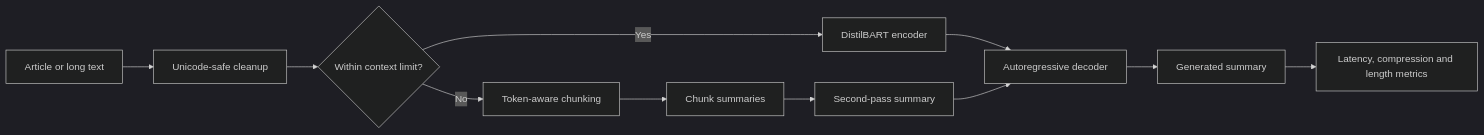
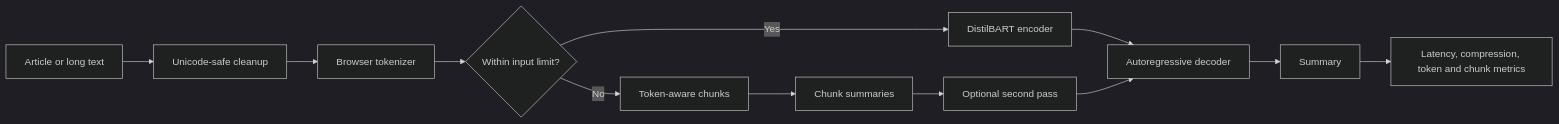
One commit to unit-mole/transformer-projects changed the diagram in 01-abstractive-text-summarization-transformer/README.md. Above: the diagram before and after it, drawn with Mermaid (dark theme). The commit also changed other lines of this file and 22 other files, not shown here.

````diff
--- a/01-abstractive-text-summarization-transformer/README.md
+++ b/01-abstractive-text-summarization-transformer/README.md
@@ -50,13 +98,14 @@
 ```mermaid
 flowchart LR
     A[Article or long text] --> B[Unicode-safe cleanup]
-    B --> C{Within context limit?}
-    C -- Yes --> D[DistilBART encoder]
-    C -- No --> E[Token-aware chunking]
-    E --> F[Chunk summaries]
-    F --> G[Second-pass summary]
-    D --> H[Autoregressive decoder]
-    G --> H
-    H --> I[Generated summary]
-    I --> J[Latency, compression and length metrics]
+    B --> C[Browser tokenizer]
+    C --> D{Within input limit?}
+    D -- Yes --> E[DistilBART encoder]
+    D -- No --> F[Token-aware chunks]
+    F --> G[Chunk summaries]
+    G --> H[Optional second pass]
+    E --> I[Autoregressive decoder]
+    H --> I
+    I --> J[Summary]
+    J --> K[Latency, compression, token and chunk metrics]
 ```
````
